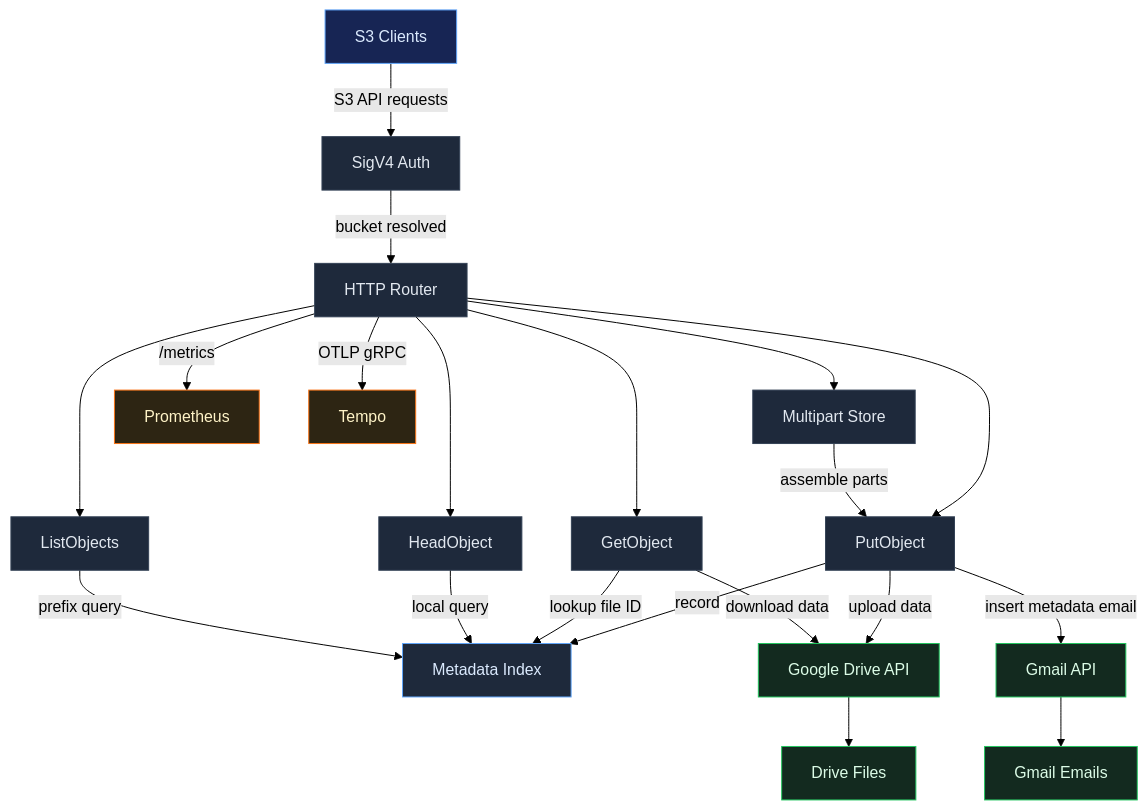
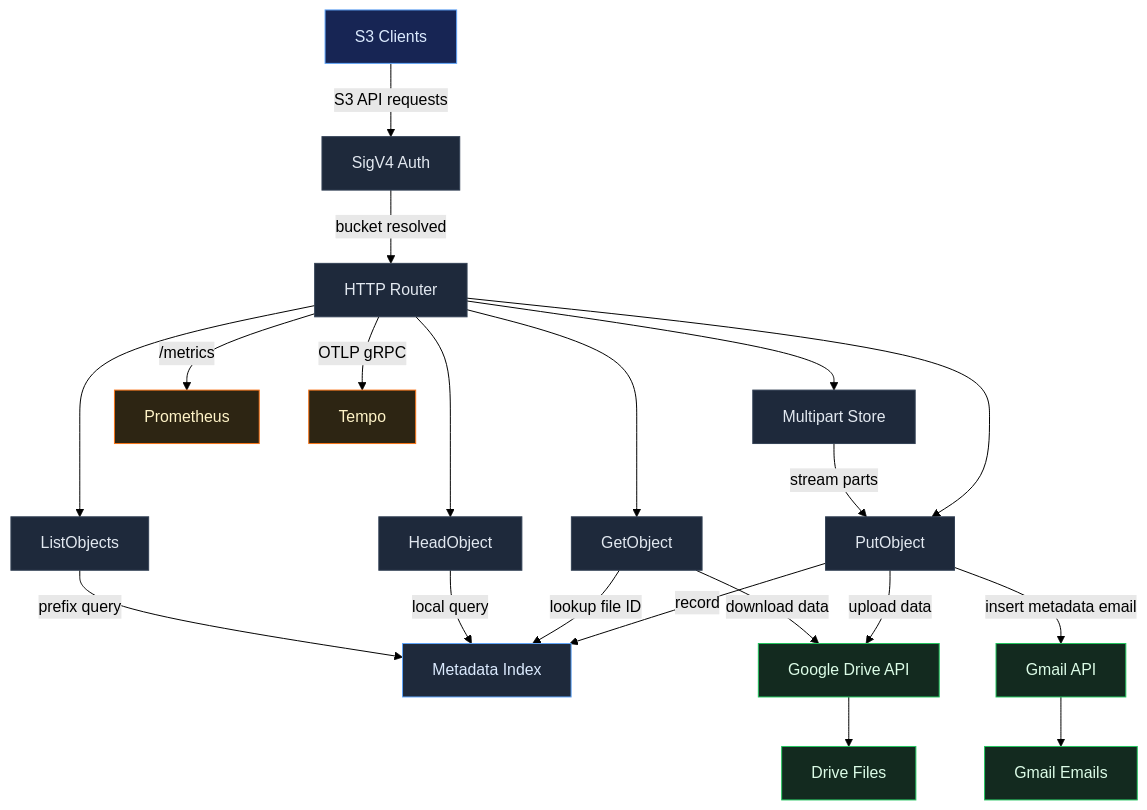
The diagram in web/content/docs/architecture.md (afreidah/g3), drawn with Mermaid (forest theme) before and after one commit. The commit also changed other lines of this file and 8 other files, not shown here.

First line of the commit message:
stream PutObject and multipart assembly to eliminate OOM kills (#44)

```diff
--- a/web/content/docs/architecture.md
+++ b/web/content/docs/architecture.md
@@ -36,50 +36,50 @@
 {{< mermaid >}}
 flowchart TD
     CLIENT["S3 Clients"]
     AUTH["SigV4 Auth"]
     ROUTER["HTTP Router"]
     PUT["PutObject"]
     GET["GetObject"]
     HEAD["HeadObject"]
     LIST["ListObjects"]
     MULTI["Multipart Store"]
     SQLITE["Metadata Index"]
     DRIVE["Google Drive API"]
     GMAIL["Gmail API"]
     DRIVESTORE["Drive Files"]
     GMAILSTORE["Gmail Emails"]
     METRICS["Prometheus"]
     TRACING["Tempo"]
 
     CLIENT -->|"S3 API requests"| AUTH
     AUTH -->|"bucket resolved"| ROUTER
     ROUTER --> PUT
     ROUTER --> GET
     ROUTER --> HEAD
     ROUTER --> LIST
     ROUTER --> MULTI
-    MULTI -->|"assemble parts"| PUT
+    MULTI -->|"stream parts"| PUT
     PUT -->|"upload data"| DRIVE
     PUT -->|"insert metadata email"| GMAIL
     PUT -->|"record"| SQLITE
     GET -->|"lookup file ID"| SQLITE
     GET -->|"download data"| DRIVE
     HEAD -->|"local query"| SQLITE
     LIST -->|"prefix query"| SQLITE
     DRIVE --> DRIVESTORE
     GMAIL --> GMAILSTORE
     ROUTER -->|"/metrics"| METRICS
     ROUTER -->|"OTLP gRPC"| TRACING
 
     classDef client fill:#172554,stroke:#60a5fa,color:#dbeafe
     classDef server fill:#1e293b,stroke:#334155,color:#e2e8f0
     classDef google fill:#132a1f,stroke:#22c55e,color:#dcfce7
     classDef local fill:#1e293b,stroke:#60a5fa,color:#dbeafe
     classDef obs fill:#2d2513,stroke:#f97316,color:#fef3c7
 
     class CLIENT client
     class AUTH,ROUTER,PUT,GET,HEAD,LIST,MULTI server
     class DRIVE,GMAIL,DRIVESTORE,GMAILSTORE google
     class SQLITE local
     class METRICS,TRACING obs
 {{< /mermaid >}}
```
